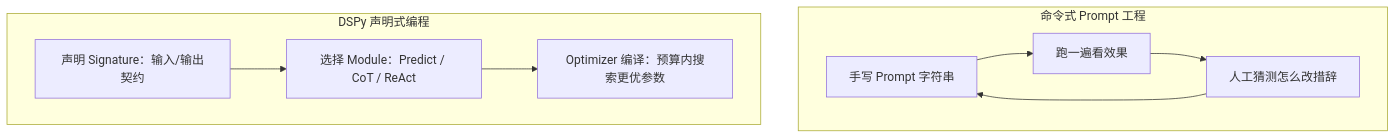
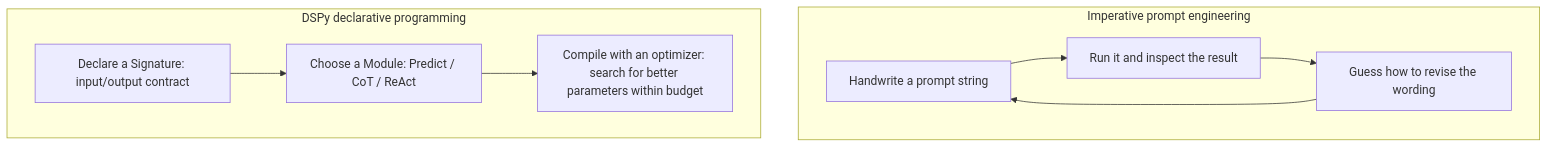
Before and after one commit to oneleaveknowsthefall/awesome-ai-roadmap: the diagram in docs/frameworks/03-dspy/16-declarative-programming-model.md, drawn with Mermaid. The commit also changed other lines of this file and 70 other files, not shown here.

````diff
--- a/docs/frameworks/03-dspy/16-declarative-programming-model.md
+++ b/docs/frameworks/03-dspy/16-declarative-programming-model.md
@@ -13,10 +13,10 @@
 ```mermaid
 flowchart TB
-    subgraph Old["命令式 Prompt 工程"]
-        O1["手写 Prompt 字符串"] --> O2["跑一遍看效果"] --> O3["人工猜测怎么改措辞"] --> O1
+    subgraph Old["Imperative prompt engineering"]
+        O1["Handwrite a prompt string"] --> O2["Run it and inspect the result"] --> O3["Guess how to revise the wording"] --> O1
     end
-    subgraph New["DSPy 声明式编程"]
-        N1["声明 Signature：输入/输出契约"] --> N2["选择 Module：Predict / CoT / ReAct"]
-        N2 --> N3["Optimizer 编译：预算内搜索更优参数"]
+    subgraph New["DSPy declarative programming"]
+        N1["Declare a Signature: input/output contract"] --> N2["Choose a Module: Predict / CoT / ReAct"]
+        N2 --> N3["Compile with an optimizer: search for better parameters within budget"]
     end
 ```
````
